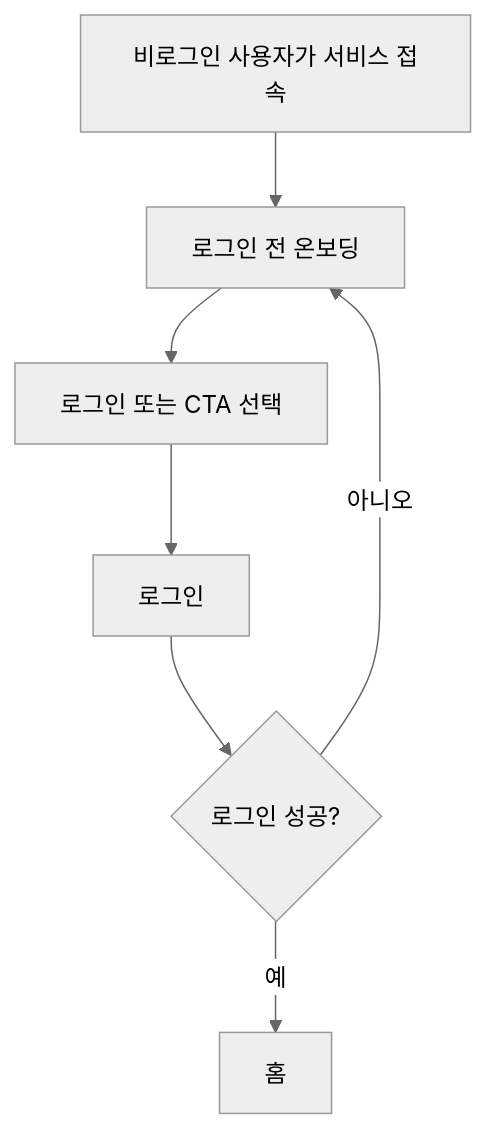
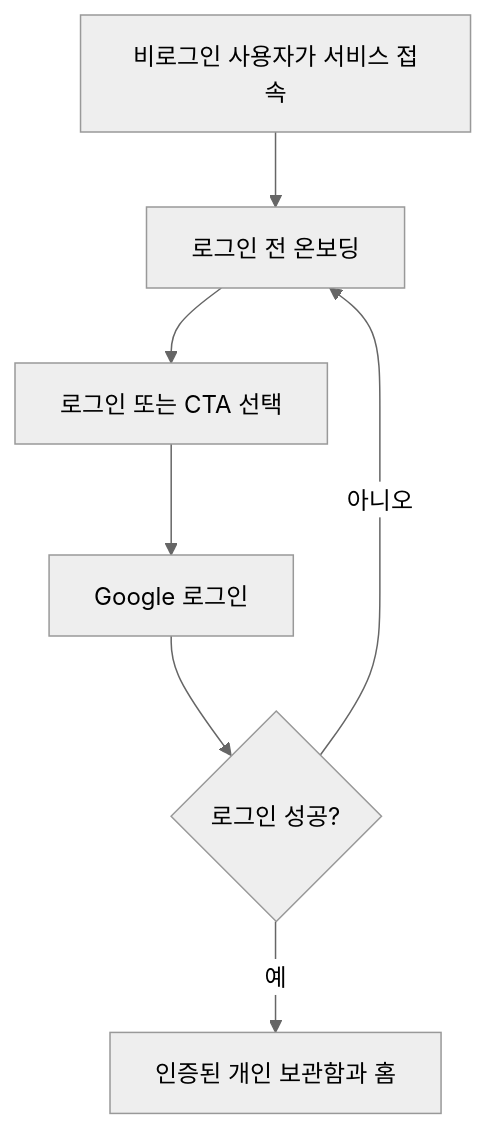
The diagram in docs/onboarding.md (Mureung1/hub-showcase), drawn with Mermaid (neutral theme) before and after one commit. The commit also changed other lines of this file and 6 other files, not shown here.

````diff
--- a/docs/onboarding.md
+++ b/docs/onboarding.md
@@ -119,9 +121,9 @@
 ```mermaid
 flowchart TD
   A["비로그인 사용자가 서비스 접속"] --> B["로그인 전 온보딩"]
   B --> C["로그인 또는 CTA 선택"]
-  C --> D["로그인"]
+  C --> D["Google 로그인"]
   D --> E{"로그인 성공?"}
-  E -- "예" --> F["홈"]
+  E -- "예" --> F["인증된 개인 보관함과 홈"]
   E -- "아니오" --> B
 ```
````
